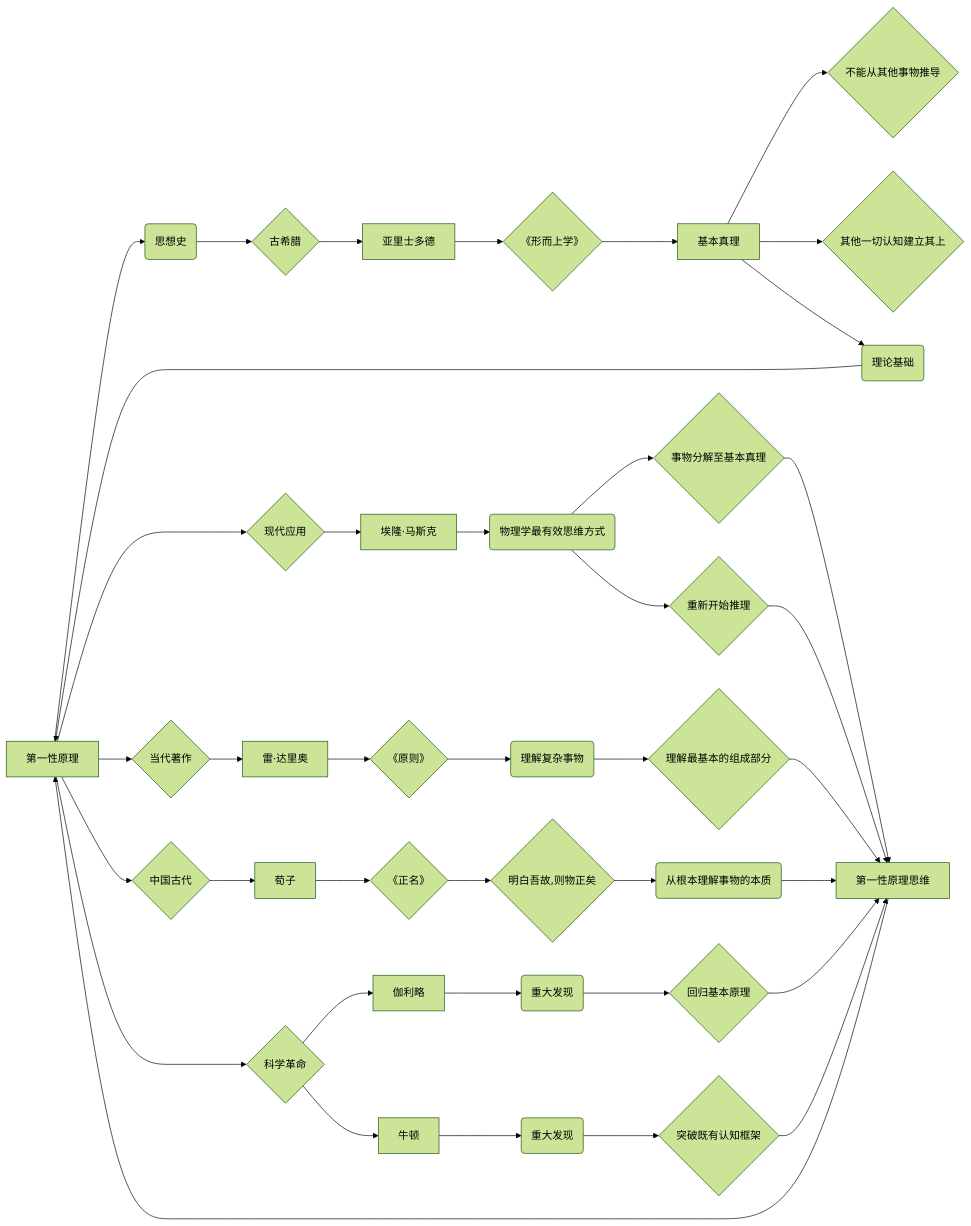
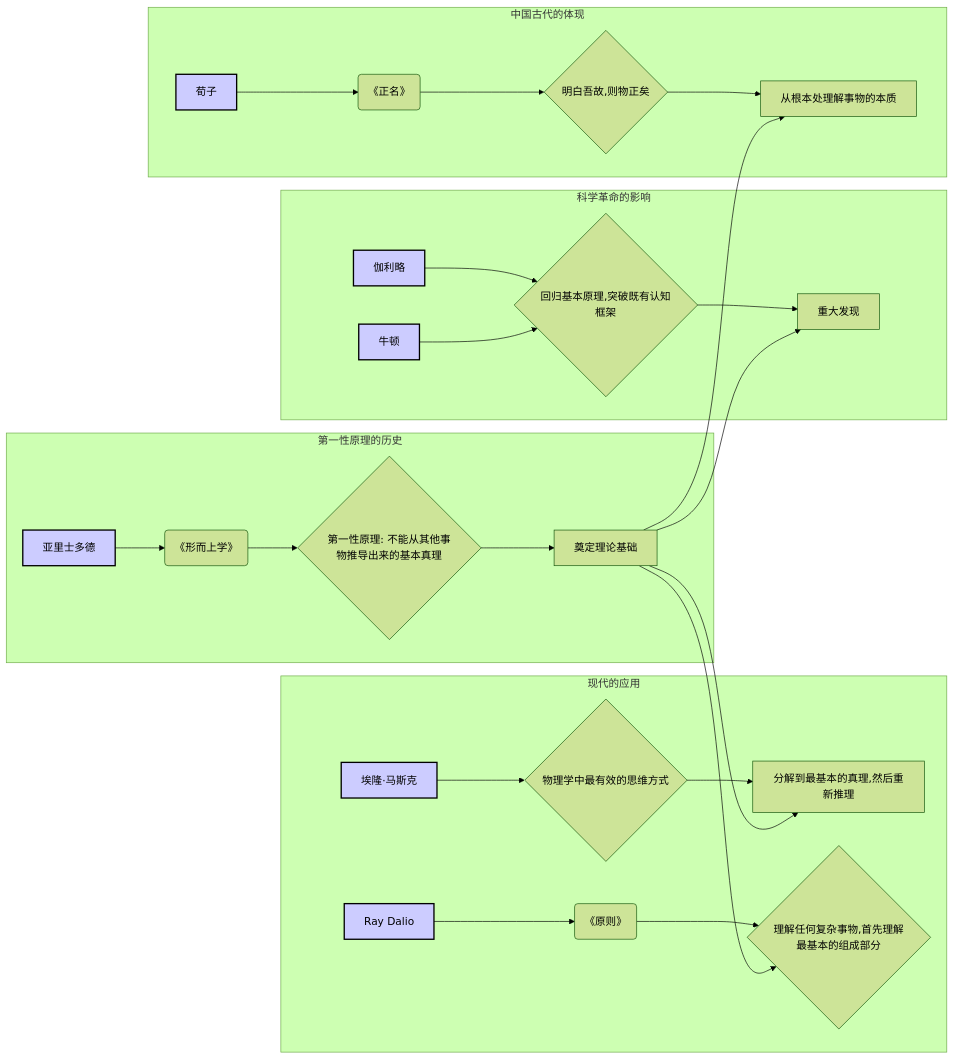
One commit to yungaoyuan/iodraw-files changed the diagram in all/未命名.md. Above: the diagram before and after it, drawn with Mermaid (forest theme).

Commit message:
2025-01-10 08:27:02 update

````diff
--- a/all/未命名.md
+++ b/all/未命名.md
@@ -1,48 +1,40 @@
 ```mermaid
 graph LR
-    A[第一性原理] --> B(思想史);
-    B --> C{古希腊};
-    C --> D[亚里士多德];
-    D --> E{《形而上学》};
-    E --> F[基本真理];
-    F --> G{不能从其他事物推导};
-    F --> H{其他一切认知建立其上};
-    F --> I(理论基础);
-    I --> A;
+    subgraph 第一性原理的历史
+        A[亚里士多德] --> B(《形而上学》);
+        B --> C{第一性原理: 不能从其他事物推导出来的基本真理};
+        C --> D[奠定理论基础];
+    end
+    
+    subgraph 现代的应用
+        E[埃隆·马斯克] --> F{物理学中最有效的思维方式};
+        F --> G[分解到最基本的真理,然后重新推理];
+    
+        H[Ray Dalio] --> I(《原则》);
+        I --> J{理解任何复杂事物,首先理解最基本的组成部分};
+    end
 
-    A --> J{现代应用};
-    J --> K[埃隆·马斯克];
-    K --> L(物理学最有效思维方式);
-    L --> M{事物分解至基本真理};
-    L --> N{重新开始推理};
-    M --> O[第一性原理思维];
-    N --> O;
-    O --> A;
+    subgraph 中国古代的体现
+        K[荀子] --> L(《正名》);
+        L --> M{明白吾故,则物正矣};
+        M --> N[从根本处理解事物的本质];
+    end
 
 
-    A --> P{当代著作};
-    P --> Q[雷·达里奥];
-    Q --> R{《原则》};
-    R --> S(理解复杂事物);
-    S --> T{理解最基本的组成部分};
-    T --> O;
+    subgraph 科学革命的影响
+        O[伽利略] & P[牛顿] --> Q{回归基本原理,突破既有认知框架};
+        Q --> R[重大发现];
+    end
 
-
-    A --> U{中国古代};
-    U --> V[荀子];
-    V --> W{《正名》};
-    W --> X{明白吾故,则物正矣};
-    X --> Y(从根本理解事物的本质);
-    Y --> O;
-
-
-    A --> Z{科学革命};
-    Z --> AA[伽利略];
-    Z --> AB[牛顿];
-    AA --> AC(重大发现);
-    AB --> AD(重大发现);
-    AC --> AE{回归基本原理};
-    AD --> AF{突破既有认知框架};
-    AE --> O;
-    AF --> O;
+    D --> G;
+    D --> J;
+    D --> N;
+    D --> R;
+    
+    style A fill:#ccf,stroke:#000,stroke-width:2px;
+    style E fill:#ccf,stroke:#000,stroke-width:2px;
+    style H fill:#ccf,stroke:#000,stroke-width:2px;
+    style K fill:#ccf,stroke:#000,stroke-width:2px;
+    style O fill:#ccf,stroke:#000,stroke-width:2px;
+    style P fill:#ccf,stroke:#000,stroke-width:2px;
 ```
````
